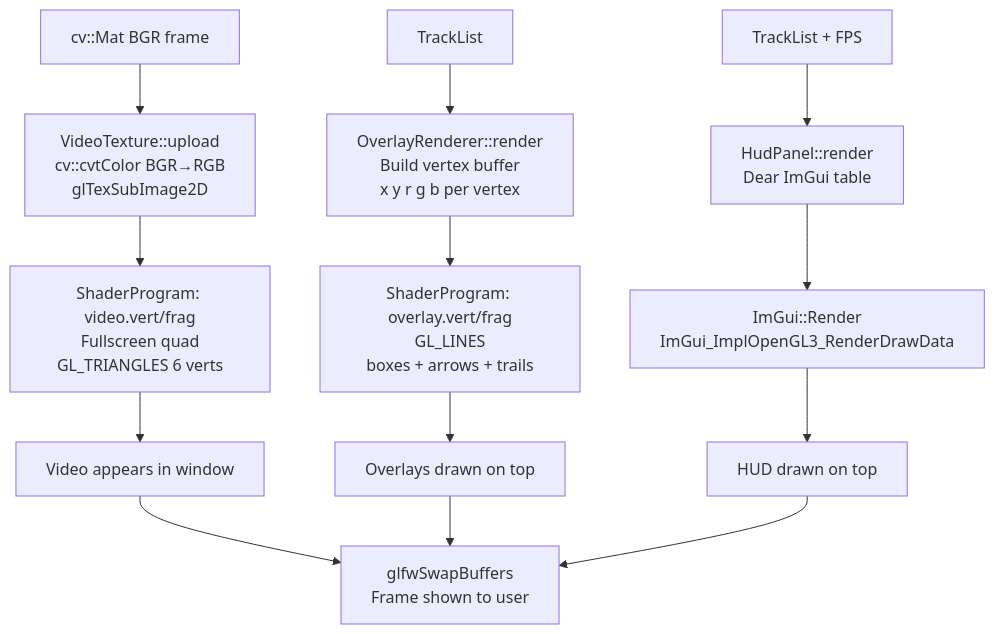
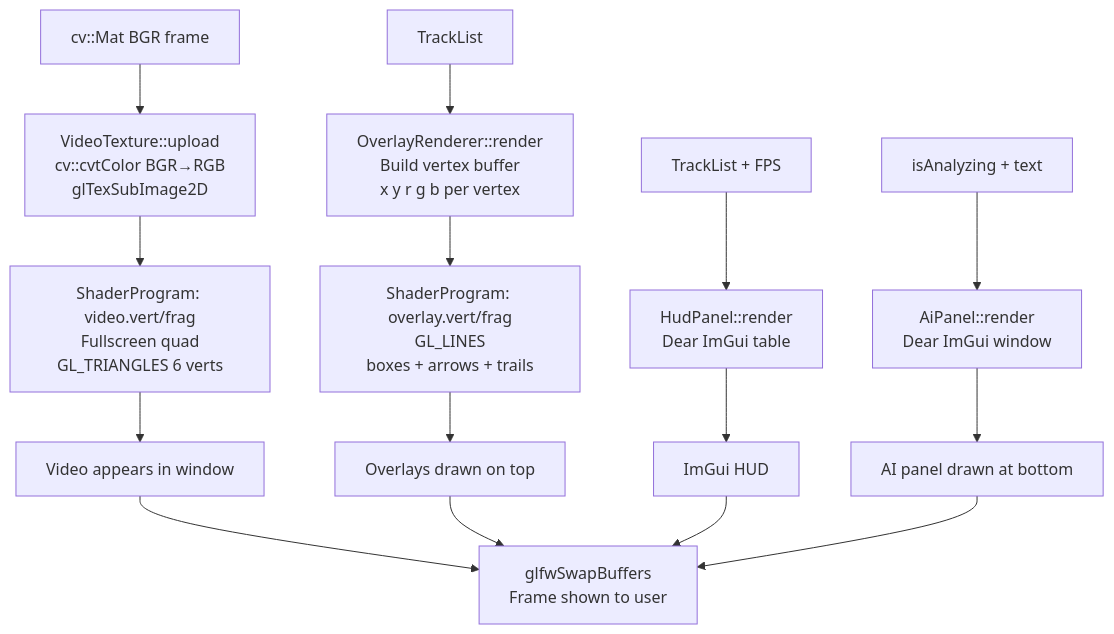
One commit to nurgumus/multi-target-detection-cv changed the eighth of 8 diagrams in README.md. Above: the diagram before and after it, drawn with Mermaid. The commit also changed other lines of this file, not shown here.

````diff
--- a/README.md
+++ b/README.md
@@ -324,16 +381,18 @@
 ```mermaid
 flowchart TD
     A[cv::Mat BGR frame] --> B[VideoTexture::upload\ncv::cvtColor BGR→RGB\nglTexSubImage2D]
     B --> C[ShaderProgram: video.vert/frag\nFullscreen quad\nGL_TRIANGLES 6 verts]
     C --> D[Video appears in window]
 
     E[TrackList] --> F[OverlayRenderer::render\nBuild vertex buffer\nx y r g b per vertex]
     F --> G[ShaderProgram: overlay.vert/frag\nGL_LINES\nboxes + arrows + trails]
     G --> H[Overlays drawn on top]
 
     I[TrackList + FPS] --> J[HudPanel::render\nDear ImGui table]
-    J --> K[ImGui::Render\nImGui_ImplOpenGL3_RenderDrawData]
-    K --> L[HUD drawn on top]
+    J --> K[ImGui HUD]
 
-    D & H & L --> M[glfwSwapBuffers\nFrame shown to user]
+    L[isAnalyzing + text] --> M[AiPanel::render\nDear ImGui window]
+    M --> N[AI panel drawn at bottom]
+
+    D & H & K & N --> O[glfwSwapBuffers\nFrame shown to user]
 ```
````
